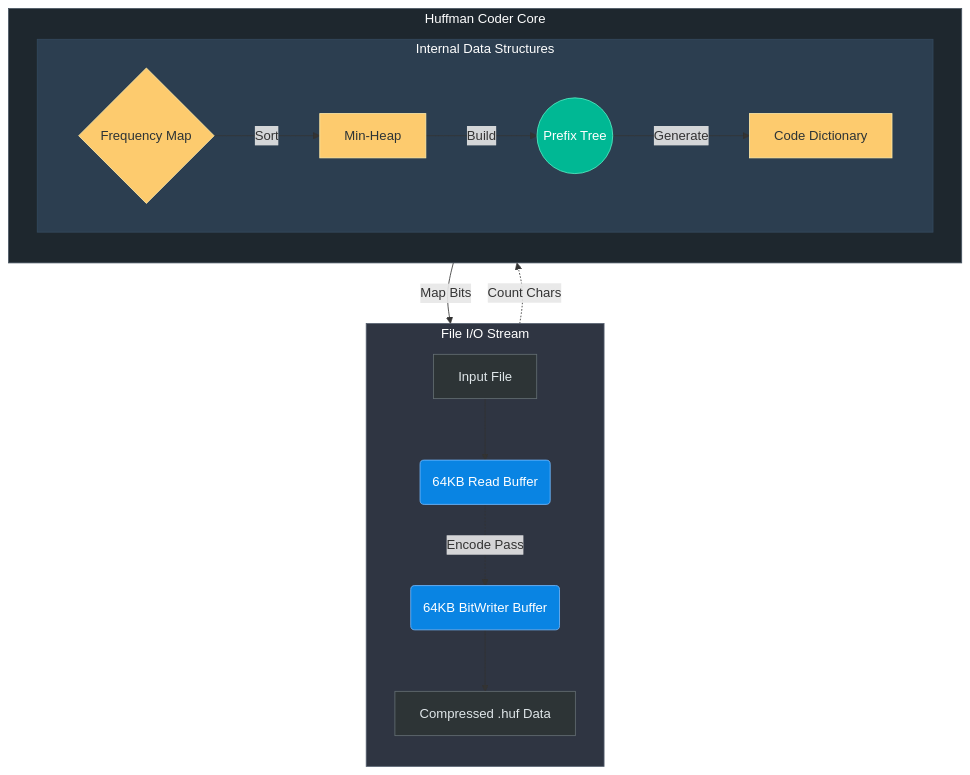
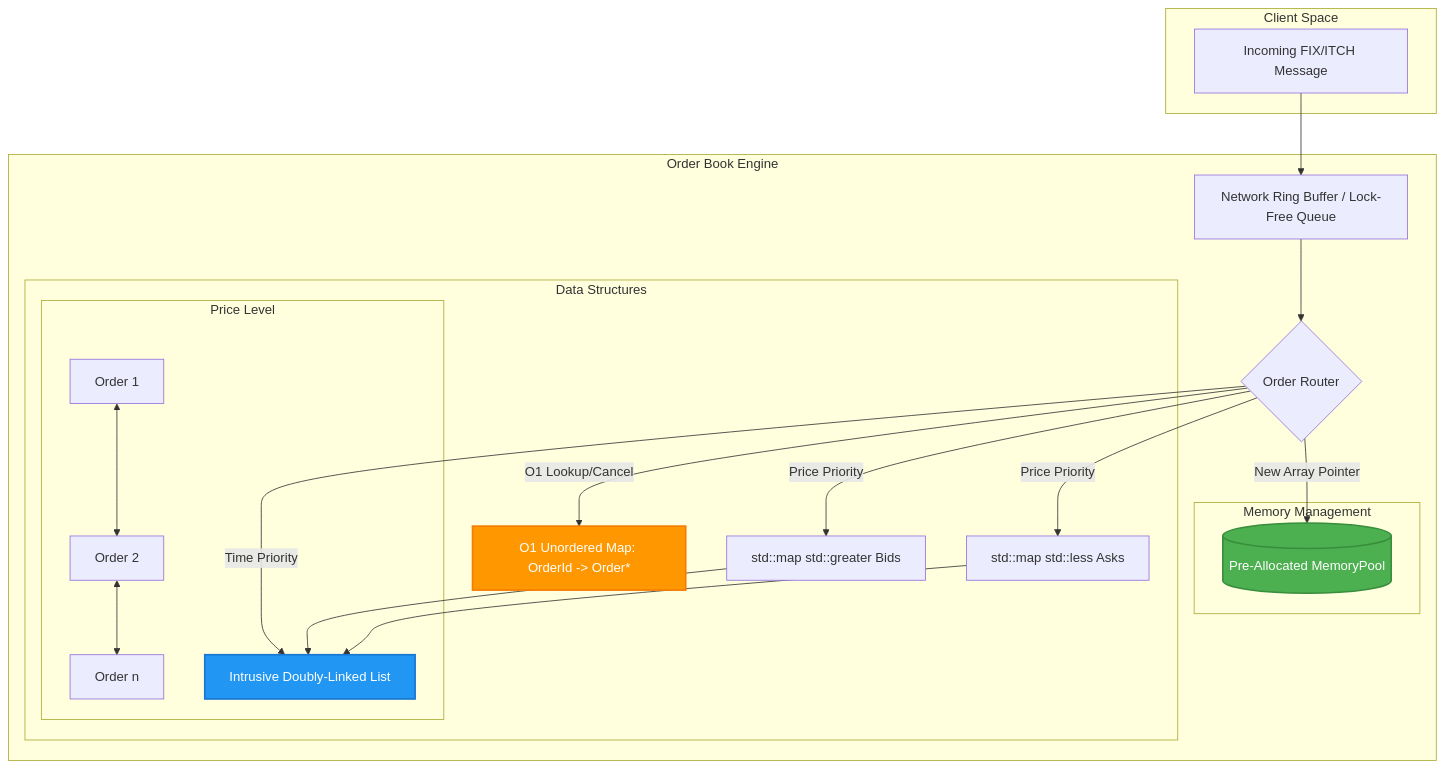
The diagram in README.md (Komal-ai417/HuffmanProject), drawn with Mermaid before and after one commit. The commit also changed other lines of this file, not shown here.

````diff
--- a/README.md
+++ b/README.md
@@ -27,41 +13,41 @@
 ```mermaid
-flowchart TD
-    classDef file fill:#2d3436,stroke:#636e72,color:#dfe6e9
-    classDef buffer fill:#0984e3,stroke:#74b9ff,color:#fff
-    classDef struct fill:#fdcb6e,stroke:#ffeaa7,color:#2d3436
-    classDef tree fill:#00b894,stroke:#55efc4,color:#fff
-    classDef bit fill:#d63031,stroke:#ff7675,color:#fff
-
-    subgraph IOStream ["File I/O Stream"]
-        direction TB
-        A[Input File]:::file
-        H[Compressed .huf Data]:::file
-        B(64KB Read Buffer):::buffer
-        G(64KB BitWriter Buffer):::buffer
-        A --> B
-        G --> H
+graph TD
+    subgraph Client Space
+        A[Incoming FIX/ITCH Message]
     end
 
-    subgraph CoderCore ["Huffman Coder Core"]
-        direction TB
-        C{Frequency Map}:::struct
-        B -.->|Count Chars| C
+    subgraph Order Book Engine
+        B[Network Ring Buffer / Lock-Free Queue]
+        C{Order Router}
         
-        subgraph DataStructures ["Internal Data Structures"]
-            direction LR
-            D[Min-Heap]:::struct
-            C -->|Sort| D
-            E((Prefix Tree)):::tree
-            D -->|Build| E
-            F[Code Dictionary]:::struct
-            E -->|Generate| F
+        subgraph Memory Management
+            P[(Pre-Allocated MemoryPool)]
         end
         
-        F -->|Map Bits| G
-        B -.->|Encode Pass| G
+        subgraph Data Structures
+            M[O1 Unordered Map: OrderId -> Order*]
+            Tree[std::map std::greater<Price> Bids]
+            Tree2[std::map std::less<Price> Asks]
+            
+            subgraph Price Level
+                L[Intrusive Doubly-Linked List]
+                O1[Order 1] <--> O2[Order 2] <--> O3[Order n]
+            end
+        end
+
+        C --> |New Array Pointer| P
+        C --> |O1 Lookup/Cancel| M
+        C --> |Time Priority| L
+        C --> |Price Priority| Tree
+        C --> |Price Priority| Tree2
+        Tree --> L
+        Tree2 --> L
     end
 
-    style IOStream fill:#2f3542,stroke:#57606f,color:#fff
-    style CoderCore fill:#1e272e,stroke:#485460,color:#fff
-    style DataStructures fill:#2c3e50,stroke:#34495e,color:#fff
+    A --> B
+    B --> C
+    
+    style P fill:#4CAF50,stroke:#388E3C,stroke-width:2px,color:#fff
+    style L fill:#2196F3,stroke:#1976D2,stroke-width:2px,color:#fff
+    style M fill:#FF9800,stroke:#F57C00,stroke-width:2px,color:#fff
 ```
````
